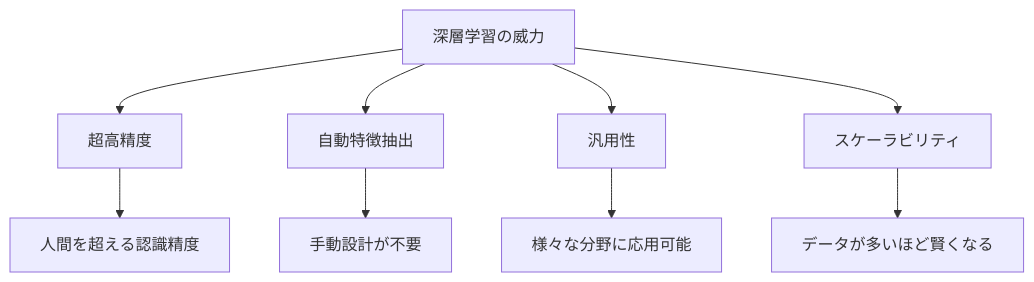
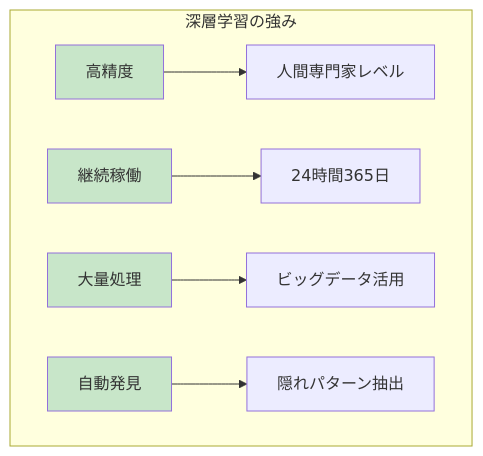
One commit to SparklingDetergent/doc_genai_mental_model changed diagram 12 of 28 in AI/DeepLearning/README.MD. Above: the diagram before and after it, drawn with Mermaid. The commit also changed other lines of this file, not shown here.

````diff
--- a/AI/DeepLearning/README.MD
+++ b/AI/DeepLearning/README.MD
@@ -247,12 +465,14 @@
 ```mermaid
 graph TD
-    A[深層学習の威力] --> B[超高精度]
-    A --> C[自動特徴抽出]
-    A --> D[汎用性]
-    A --> E[スケーラビリティ]
+    subgraph "深層学習の強み"
+        A[高精度] --> A1[人間専門家レベル]
+        B[継続稼働] --> B1[24時間365日]
+        C[大量処理] --> C1[ビッグデータ活用]
+        D[自動発見] --> D1[隠れパターン抽出]
+    end
     
-    B --> B1[人間を超える認識精度]
-    C --> C1[手動設計が不要]
-    D --> D1[様々な分野に応用可能]
-    E --> E1[データが多いほど賢くなる]
+    style A fill:#c8e6c9
+    style B fill:#c8e6c9  
+    style C fill:#c8e6c9
+    style D fill:#c8e6c9
 ```
````
